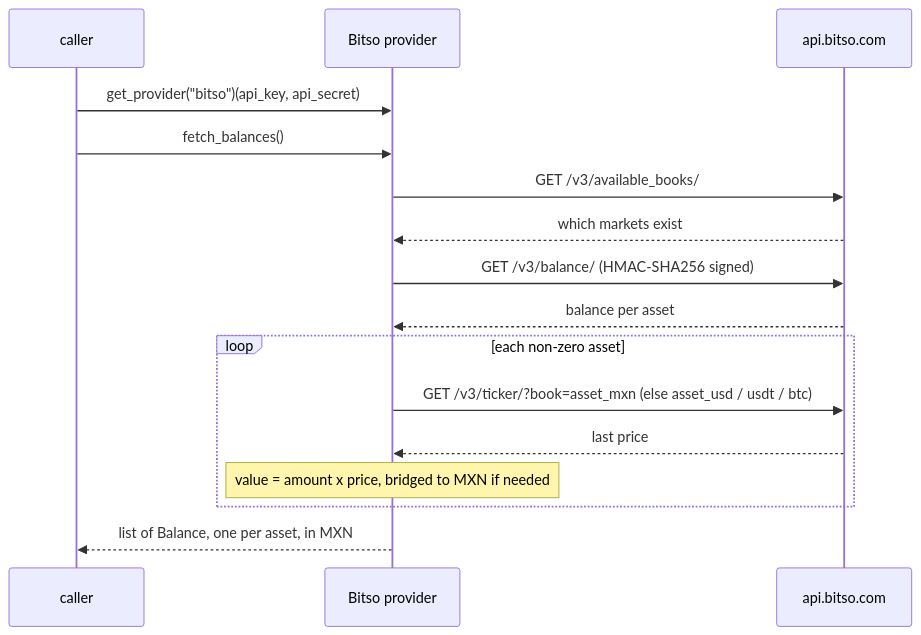
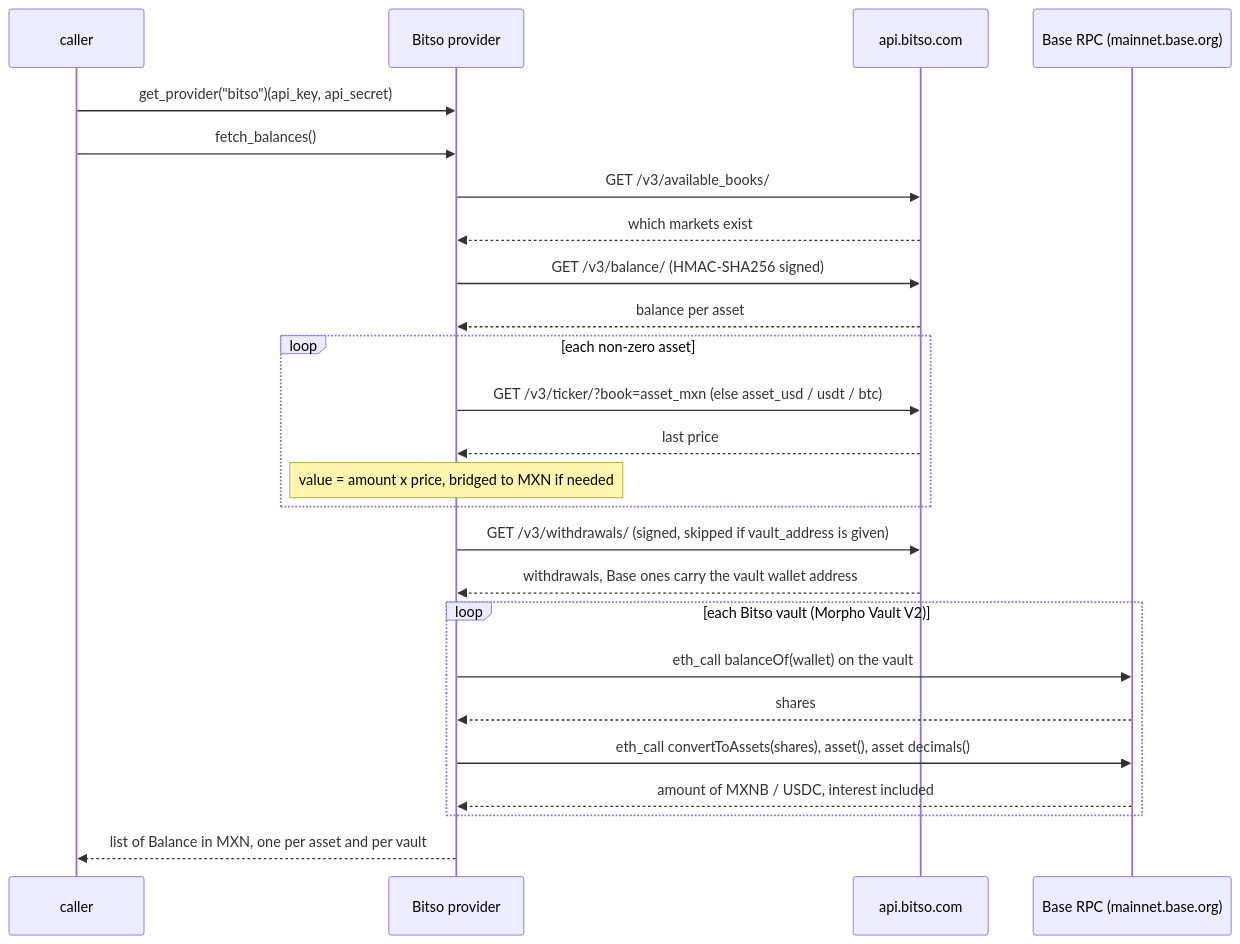
One commit to PaoloReyes/finscraper-mx changed the diagram in docs/flows/bitso.md. Above: the diagram before and after it, drawn with Mermaid. The commit also changed other lines of this file and 4 other files, not shown here.

````diff
--- a/docs/flows/bitso.md
+++ b/docs/flows/bitso.md
@@ -15,19 +17,28 @@
 ```mermaid
 sequenceDiagram
   participant C as caller
   participant P as Bitso provider
   participant A as api.bitso.com
+  participant B as Base RPC (mainnet.base.org)
 
   C->>P: get_provider("bitso")(api_key, api_secret)
   C->>P: fetch_balances()
   P->>A: GET /v3/available_books/
   A-->>P: which markets exist
   P->>A: GET /v3/balance/ (HMAC-SHA256 signed)
   A-->>P: balance per asset
   loop each non-zero asset
     P->>A: GET /v3/ticker/?book=asset_mxn (else asset_usd / usdt / btc)
     A-->>P: last price
     Note over P: value = amount x price, bridged to MXN if needed
   end
-  P-->>C: list of Balance, one per asset, in MXN
+  P->>A: GET /v3/withdrawals/ (signed, skipped if vault_address is given)
+  A-->>P: withdrawals, Base ones carry the vault wallet address
+  loop each Bitso vault (Morpho Vault V2)
+    P->>B: eth_call balanceOf(wallet) on the vault
+    B-->>P: shares
+    P->>B: eth_call convertToAssets(shares), asset(), asset decimals()
+    B-->>P: amount of MXNB / USDC, interest included
+  end
+  P-->>C: list of Balance in MXN, one per asset and per vault
 ```
````
